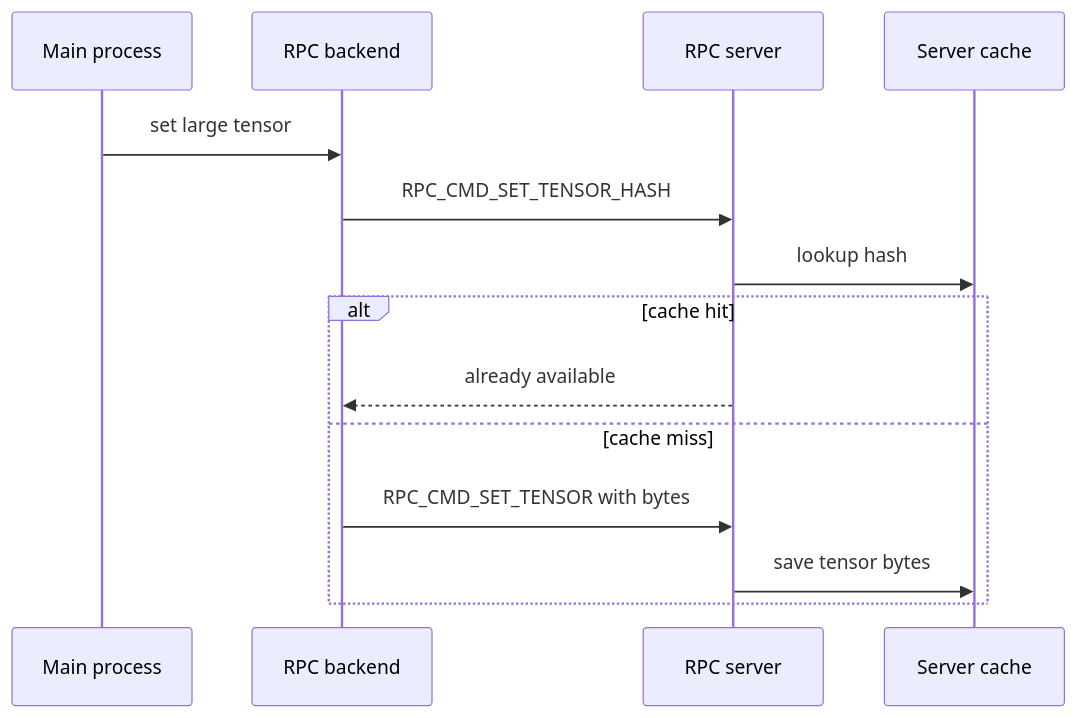
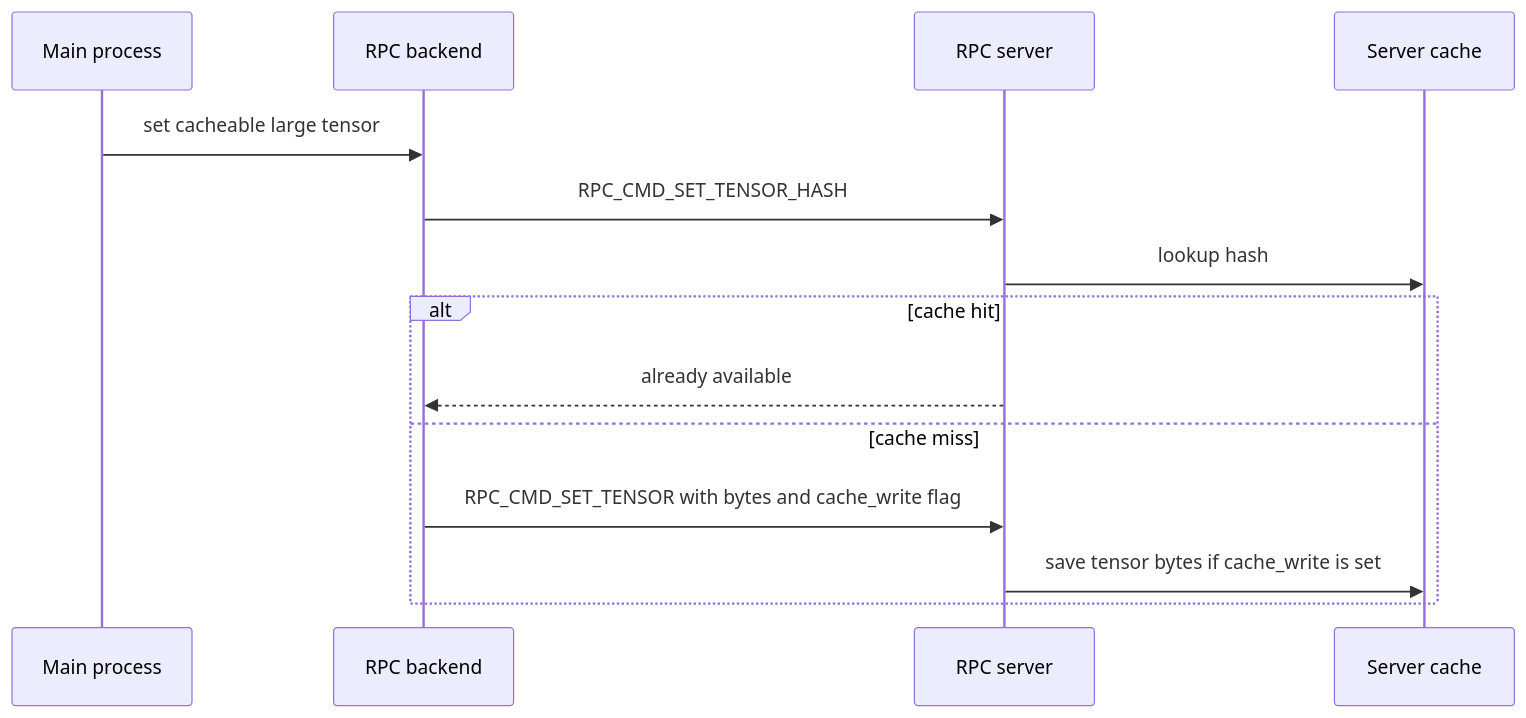
Before and after one commit to abhisek-roy/llama.cpp: the first of 3 diagrams in notes/rpc/04-data-movement-and-kv-cache.md, drawn with Mermaid. The commit also changed other lines of this file and 9 other files, not shown here.

Commit message:
Added GGML_RPC_TELEMETRY, GGML_RPC_CACHE_SCOPE

````diff
--- a/notes/rpc/04-data-movement-and-kv-cache.md
+++ b/notes/rpc/04-data-movement-and-kv-cache.md
@@ -18,17 +18,17 @@
 ```mermaid
 sequenceDiagram
     participant Main as Main process
     participant RPC as RPC backend
     participant Server as RPC server
     participant Cache as Server cache
 
-    Main->>RPC: set large tensor
+    Main->>RPC: set cacheable large tensor
     RPC->>Server: RPC_CMD_SET_TENSOR_HASH
     Server->>Cache: lookup hash
     alt cache hit
         Server-->>RPC: already available
     else cache miss
-        RPC->>Server: RPC_CMD_SET_TENSOR with bytes
-        Server->>Cache: save tensor bytes
+        RPC->>Server: RPC_CMD_SET_TENSOR with bytes and cache_write flag
+        Server->>Cache: save tensor bytes if cache_write is set
     end
 ```
````
